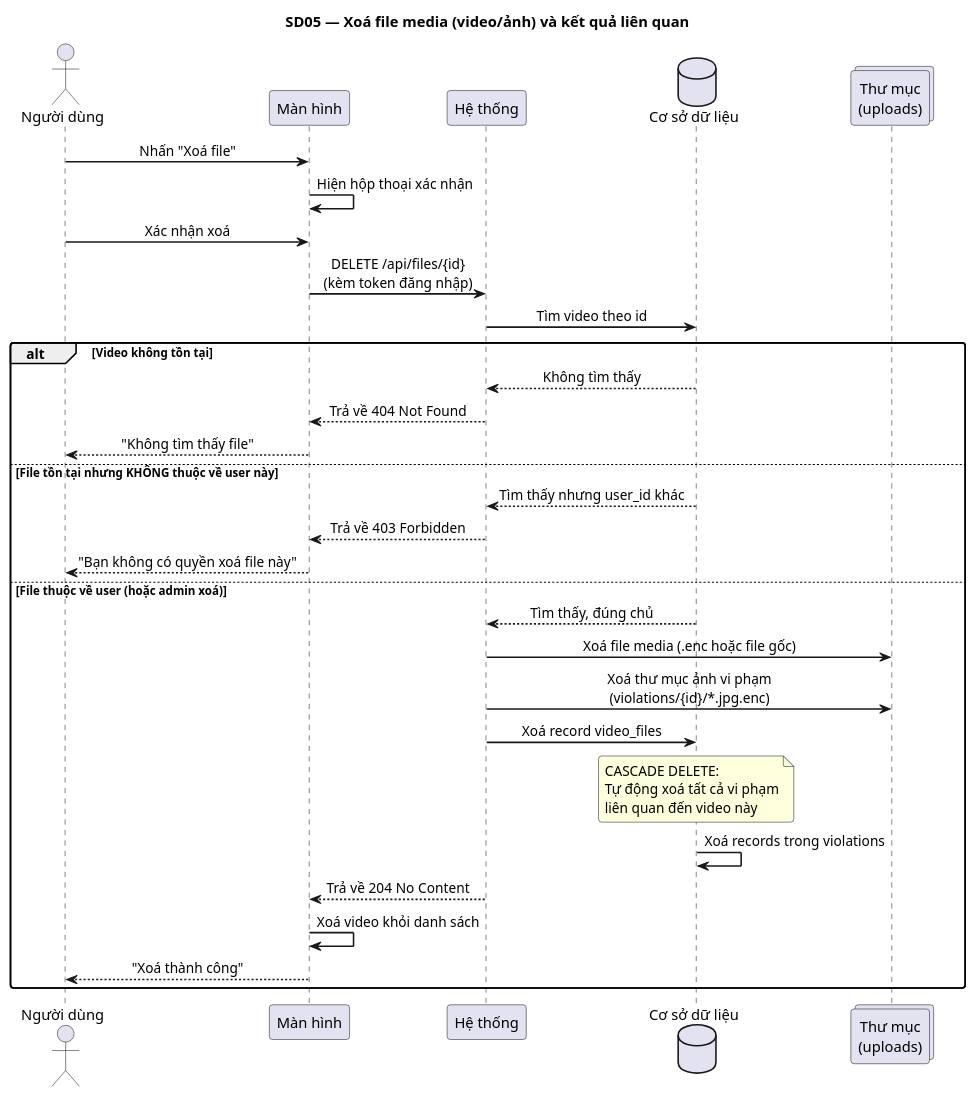
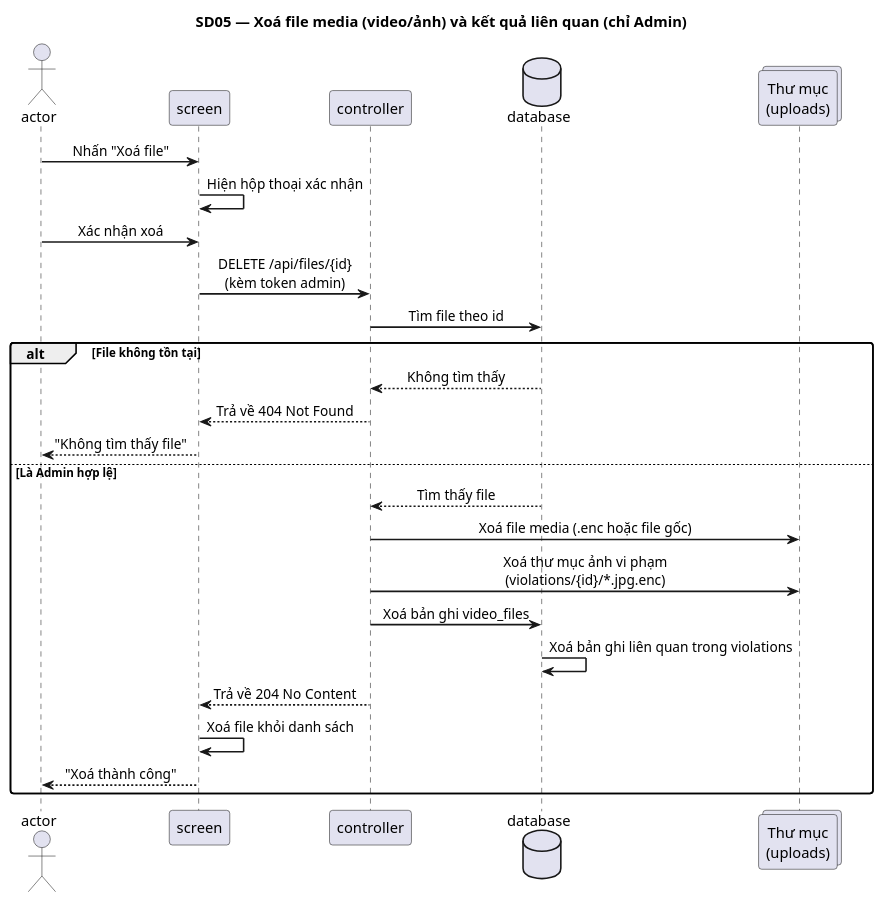
The fifth of 6 diagrams in 3SOC_Sequence_Diagrams_QA.puml (giangmichy/Do_an), drawn with PlantUML before and after one commit. The commit also changed other lines of this file and 8 other files, not shown here.

```diff
--- a/3SOC_Sequence_Diagrams_QA.puml
+++ b/3SOC_Sequence_Diagrams_QA.puml
@@ -222,48 +209,39 @@
-@startuml SD05_XoaVideo
-title SD05 — Xoá file media (video/ảnh) và kết quả liên quan
+@startuml SD05_XoaFile
+title SD05 — Xoá file media (video/ảnh) và kết quả liên quan (chỉ Admin)
 
 skinparam sequenceMessageAlign center
 skinparam ParticipantPadding 20
 skinparam BoxPadding 10
 skinparam sequenceArrowThickness 1.5
 skinparam roundcorner 6
 
-actor       "Người dùng" as User
-participant "Màn hình"  as FE
-participant "Hệ thống"    as BE
-database    "Cơ sở dữ liệu" as DB
+actor       "actor" as User
+participant "screen"  as FE
+participant "controller"    as BE
+database    "database" as DB
 collections "Thư mục\n(uploads)"    as Disk
 
 User -> FE : Nhấn "Xoá file"
 FE -> FE : Hiện hộp thoại xác nhận
 User -> FE : Xác nhận xoá
-FE -> BE : DELETE /api/files/{id}\n(kèm token đăng nhập)
-BE -> DB : Tìm video theo id
+FE -> BE : DELETE /api/files/{id}\n(kèm token admin)
+BE -> DB : Tìm file theo id
 
-alt Video không tồn tại
+alt File không tồn tại
     DB --> BE : Không tìm thấy
     BE --> FE : Trả về 404 Not Found
     FE --> User : "Không tìm thấy file"
-else File tồn tại nhưng KHÔNG thuộc về user này
-    DB --> BE : Tìm thấy nhưng user_id khác
-    BE --> FE : Trả về 403 Forbidden
-    FE --> User : "Bạn không có quyền xoá file này"
-else File thuộc về user (hoặc admin xoá)
-    DB --> BE : Tìm thấy, đúng chủ
+else Là Admin hợp lệ
+    DB --> BE : Tìm thấy file
 
     BE -> Disk : Xoá file media (.enc hoặc file gốc)
     BE -> Disk : Xoá thư mục ảnh vi phạm\n(violations/{id}/*.jpg.enc)
-    BE -> DB : Xoá record video_files
-    note over DB
-      CASCADE DELETE:
-      Tự động xoá tất cả vi phạm
-      liên quan đến video này
-    end note
-    DB -> DB : Xoá records trong violations
+    BE -> DB : Xoá bản ghi video_files
+    DB -> DB : Xoá bản ghi liên quan trong violations
 
     BE --> FE : Trả về 204 No Content
-    FE -> FE : Xoá video khỏi danh sách
+    FE -> FE : Xoá file khỏi danh sách
     FE --> User : "Xoá thành công"
 end
 
 @enduml
```
